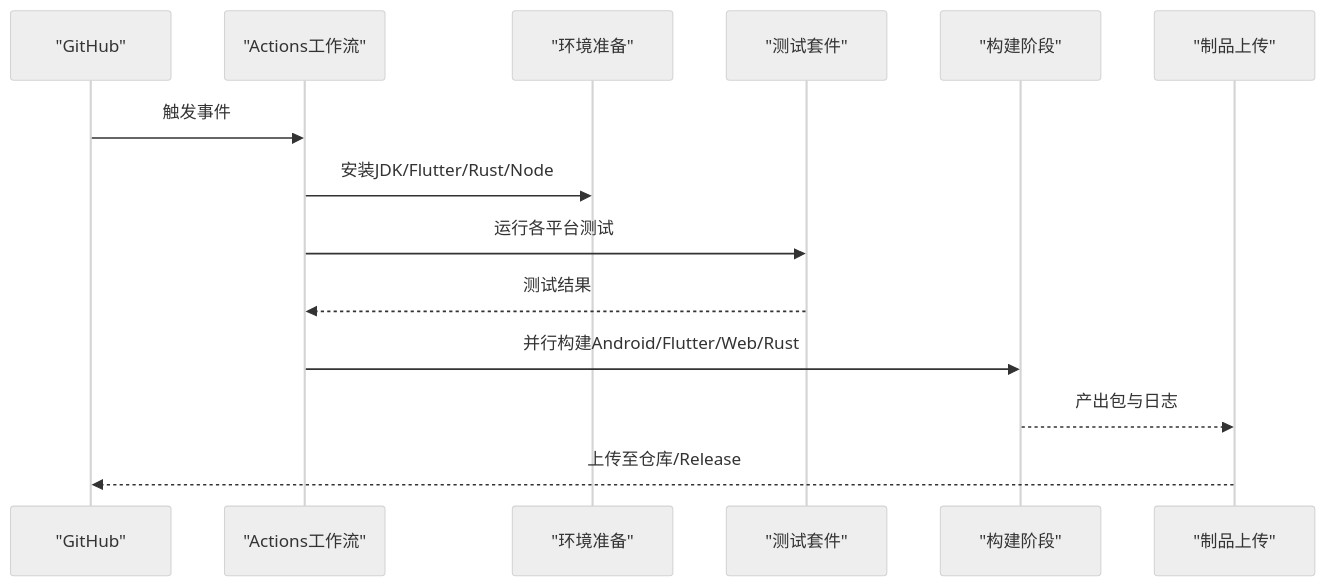
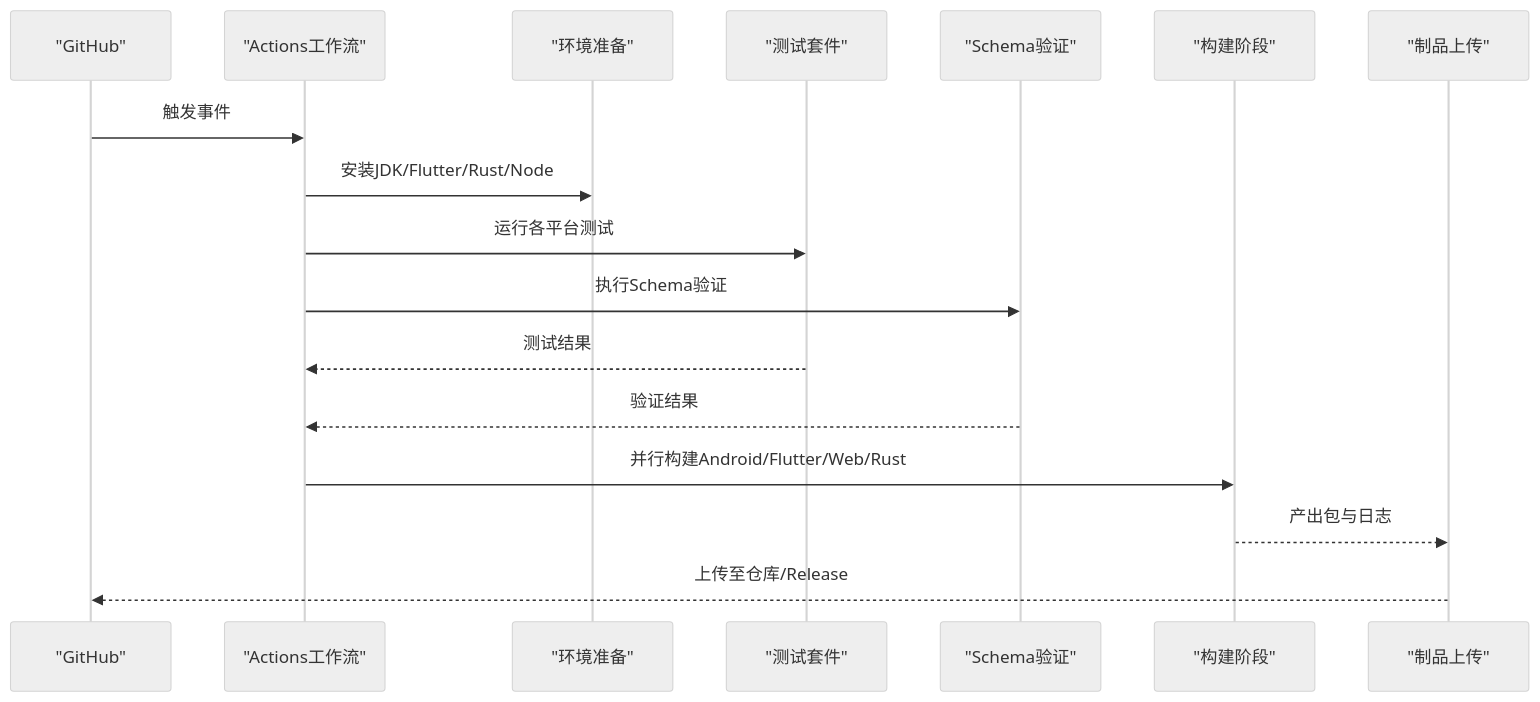
One commit to ZhangGHGitHub/LegadoTeamFlutter changed the ninth of 10 diagrams in .qoder/repowiki/zh/content/构建和部署/构建和部署.md. Above: the diagram before and after it, drawn with Mermaid (neutral theme). The commit also changed other lines of this file and 58 other files, not shown here.

````diff
--- a/.qoder/repowiki/zh/content/构建和部署/构建和部署.md
+++ b/.qoder/repowiki/zh/content/构建和部署/构建和部署.md
@@ -391,16 +470,19 @@
 ```mermaid
 sequenceDiagram
 participant GH as "GitHub"
 participant WF as "Actions工作流"
 participant ENV as "环境准备"
 participant TEST as "测试套件"
+participant SCHEMA as "Schema验证"
 participant BUILD as "构建阶段"
 participant ART as "制品上传"
 GH->>WF : 触发事件
 WF->>ENV : 安装JDK/Flutter/Rust/Node
 WF->>TEST : 运行各平台测试
+WF->>SCHEMA : 执行Schema验证
 TEST-->>WF : 测试结果
+SCHEMA-->>WF : 验证结果
 WF->>BUILD : 并行构建Android/Flutter/Web/Rust
 BUILD-->>ART : 产出包与日志
 ART-->>GH : 上传至仓库/Release
 ```
````
